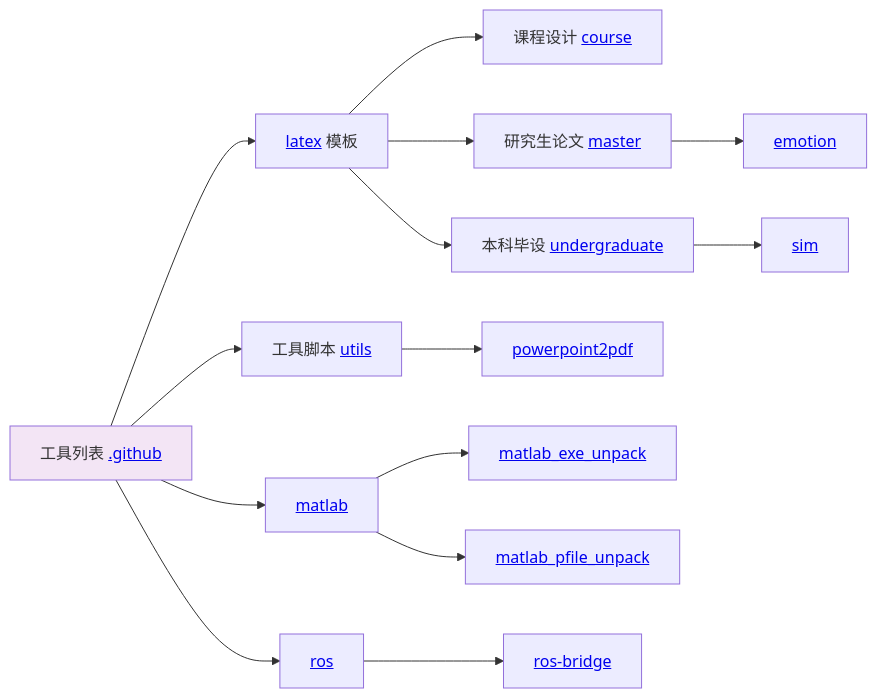
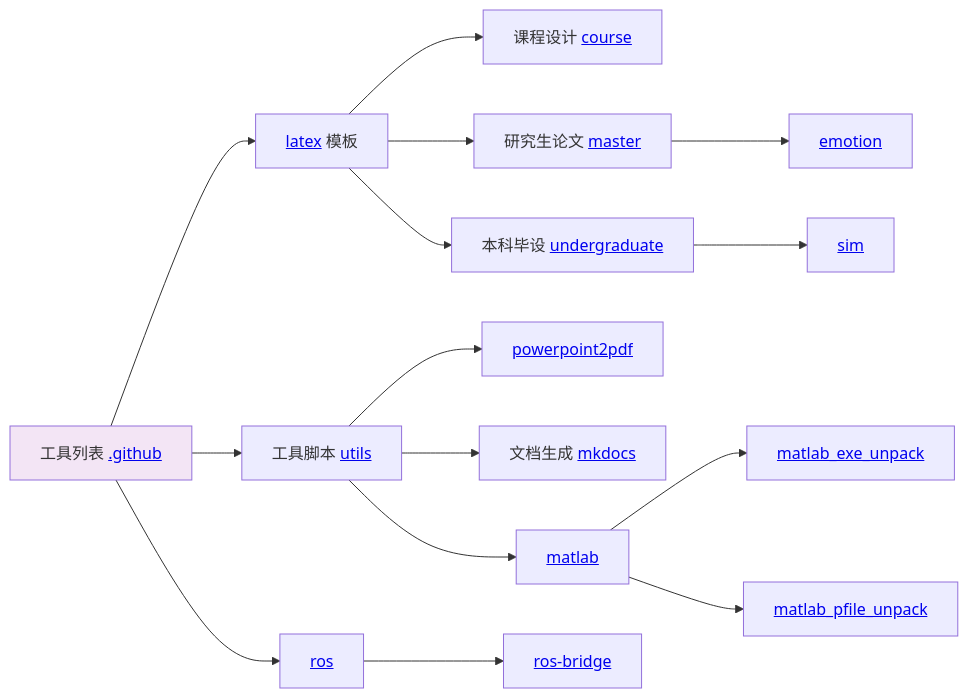
Before and after one commit to OpenHUTB/.github: the third of 3 diagrams in README.md, drawn with Mermaid.

Commit message:
添加文档生成仓库

````diff
--- a/README.md
+++ b/README.md
@@ -79,18 +79,19 @@
 ```mermaid
 graph LR
     A[工具列表 <a href='https://github.com/OpenHUTB/chrono'>.github</a>] --> B[<a href='https://github.com/OpenHUTB/latex'>latex</a> 模板]
     B --> C[课程设计 <a href='https://github.com/OpenHUTB/course'>course</a>]
     B --> D[研究生论文 <a href='https://github.com/OpenHUTB/master'>master</a>]
     B --> E[本科毕设 <a href='https://github.com/OpenHUTB/undergraduate'>undergraduate</a>]
     E --> M[<a href='https://github.com/OpenHUTB/powerpoint2pdf'>sim</a>]
     D --> N[<a href='https://github.com/OpenHUTB/emotion'>emotion</a>]
     G --> F[<a href='https://github.com/OpenHUTB/powerpoint2pdf'>powerpoint2pdf</a>]
     A --> G[工具脚本 <a href='https://github.com/OpenHUTB/utils'>utils</a>]
-    A --> H[<a href='https://github.com/OpenHUTB/matlab'>matlab</a>]
+    G --> O[文档生成 <a href='https://github.com/OpenHUTB/mkdocs'>mkdocs</a>]
+    G --> H[<a href='https://github.com/OpenHUTB/matlab'>matlab</a>]
     H --> I[<a href='https://github.com/OpenHUTB/matlab_exe_unpack'>matlab_exe_unpack</a>]
     H --> J[<a href='https://github.com/OpenHUTB/matlab_pfile_unpack'>matlab_pfile_unpack</a>]
     A --> K[<a href='https://github.com/OpenHUTB/ros'>ros</a>]
     K --> L[<a href='https://github.com/OpenHUTB/ros-bridge'>ros-bridge</a>]
 
     style A fill:#f3e5f5
 ```
````
